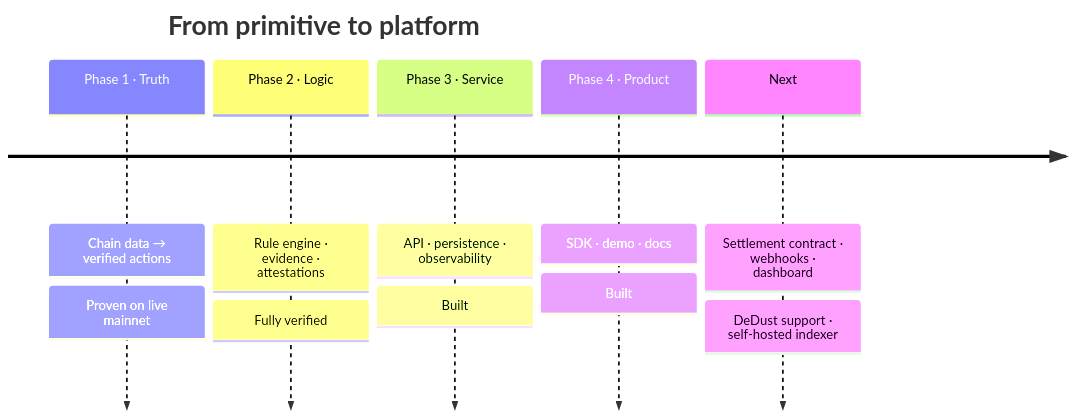
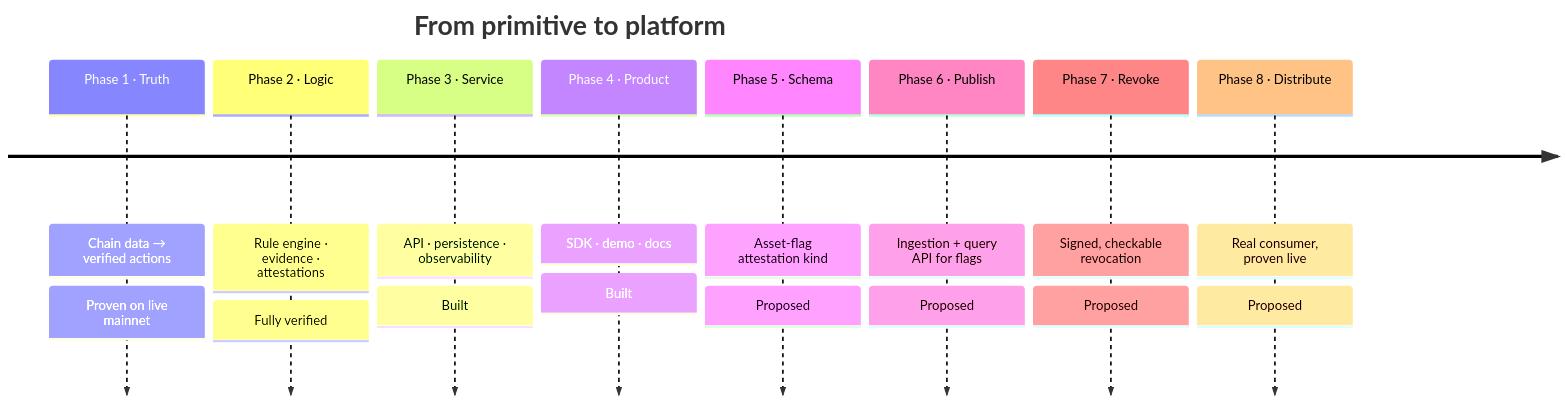
The sixth of 6 diagrams in README.md (Tuhin810/TonAttest), drawn with Mermaid before and after one commit. The commit also changed other lines of this file and 1 other file, not shown here.

Commit message:
docs: document asset trust layer proposal and update project roadmap

````diff
--- a/README.md
+++ b/README.md
@@ -517,9 +632,12 @@
 ```mermaid
 timeline
     title From primitive to platform
     Phase 1 · Truth : Chain data → verified actions : Proven on live mainnet
     Phase 2 · Logic : Rule engine · evidence · attestations : Fully verified
     Phase 3 · Service : API · persistence · observability : Built
     Phase 4 · Product : SDK · demo · docs : Built
-    Next : Settlement contract · webhooks · dashboard : DeDust support · self-hosted indexer
+    Phase 5 · Schema : Asset-flag attestation kind : Proposed
+    Phase 6 · Publish : Ingestion + query API for flags : Proposed
+    Phase 7 · Revoke : Signed, checkable revocation : Proposed
+    Phase 8 · Distribute : Real consumer, proven live : Proposed
 ```
````
